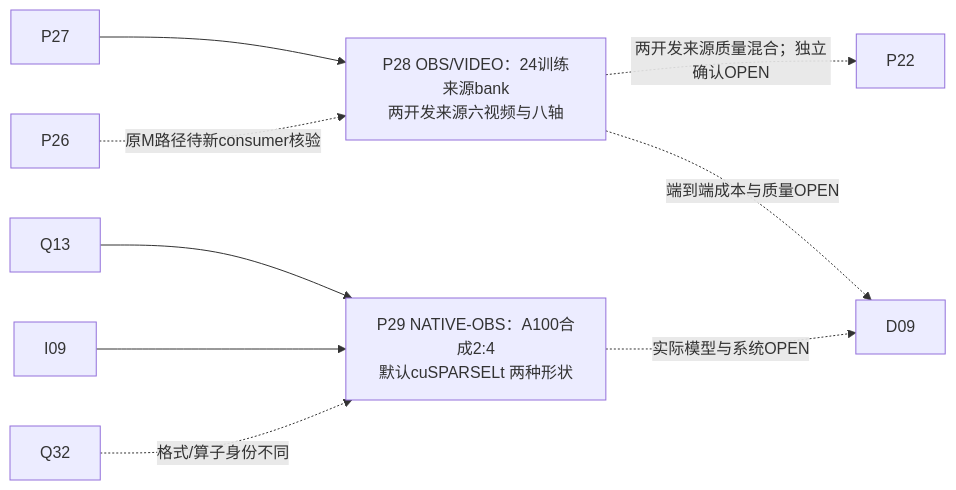
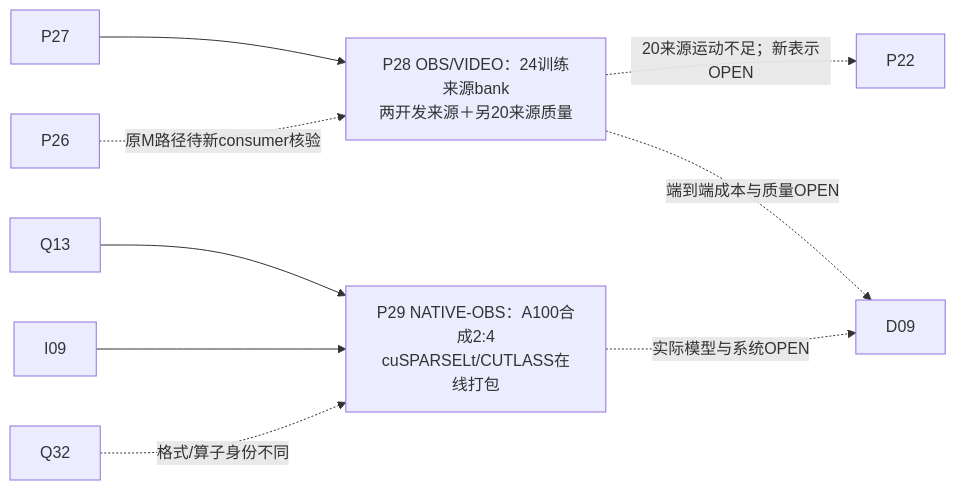
Diagram 12 of 28 in docs/98_端到端计算图与证据注解_20261025.md (Qesire/FFNDS), drawn with Mermaid before and after one commit. The commit also changed other lines of this file and 73 other files, not shown here.

````diff
--- a/docs/98_端到端计算图与证据注解_20261025.md
+++ b/docs/98_端到端计算图与证据注解_20261025.md
@@ -440,11 +440,11 @@
 ```mermaid
 flowchart LR
-  P27 --> P28["P28 OBS/VIDEO：24训练来源bank<br/>两开发来源六视频与八轴"]
+  P27 --> P28["P28 OBS/VIDEO：24训练来源bank<br/>两开发来源＋另20来源质量"]
   P26 -. "原M路径待新consumer核验" .-> P28
-  P28 -. "两开发来源质量混合；独立确认OPEN" .-> P22
+  P28 -. "20来源运动不足；新表示OPEN" .-> P22
   P28 -. "端到端成本与质量OPEN" .-> D09
-  Q13 --> P29["P29 NATIVE-OBS：A100合成2:4<br/>默认cuSPARSELt 两种形状"]
+  Q13 --> P29["P29 NATIVE-OBS：A100合成2:4<br/>cuSPARSELt/CUTLASS在线打包"]
   I09 --> P29
   Q32 -. "格式/算子身份不同" .-> P29
   P29 -. "实际模型与系统OPEN" .-> D09
 ```
````
